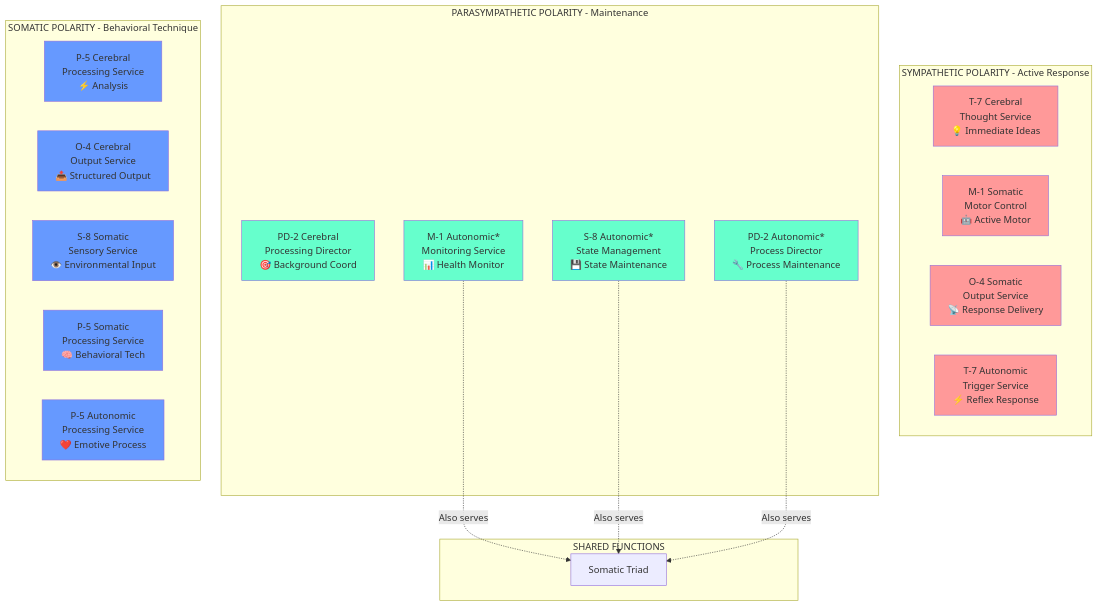
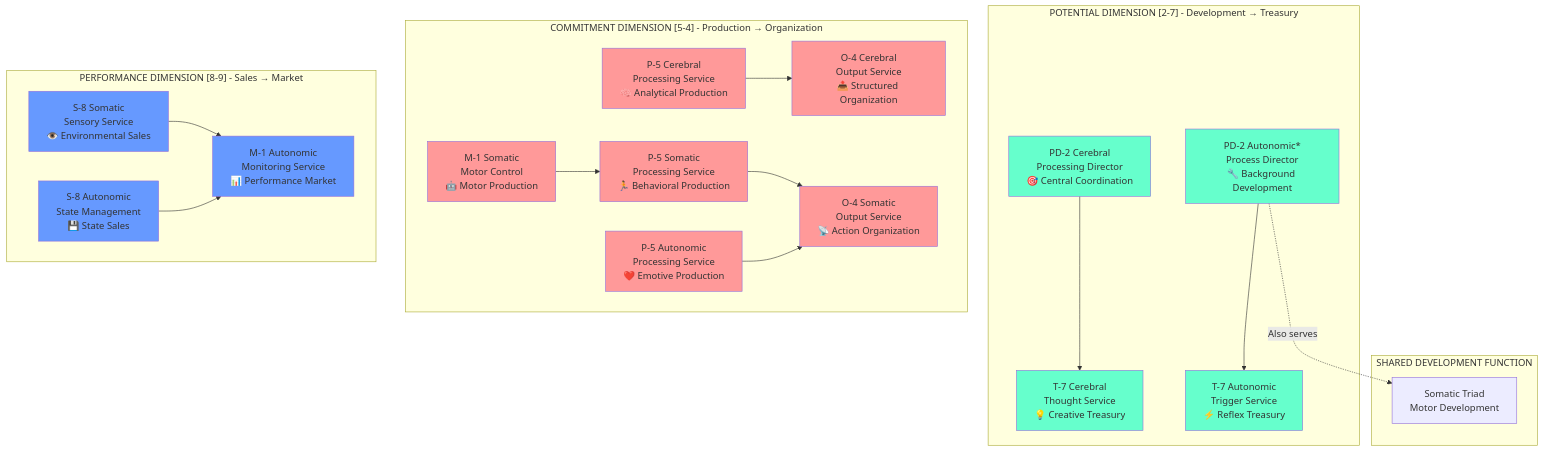
One commit to EchoCog/skinsys changed the first of 2 diagrams in POLARITY_VISUALIZATION.md. Above: the diagram before and after it, drawn with Mermaid. The commit also changed other lines of this file and 4 other files, not shown here.

````diff
--- a/POLARITY_VISUALIZATION.md
+++ b/POLARITY_VISUALIZATION.md
@@ -41,46 +45,54 @@
 ```mermaid
 graph TB
-    subgraph "SYMPATHETIC POLARITY - Active Response"
-        T7C[T-7 Cerebral<br/>Thought Service<br/>💡 Immediate Ideas]
-        M1S[M-1 Somatic<br/>Motor Control<br/>🤖 Active Motor]
-        O4S[O-4 Somatic<br/>Output Service<br/>📡 Response Delivery]
-        T7A[T-7 Autonomic<br/>Trigger Service<br/>⚡ Reflex Response]
+    subgraph "POTENTIAL DIMENSION [2-7] - Development → Treasury"
+        PD2C[PD-2 Cerebral<br/>Processing Director<br/>🎯 Central Coordination]
+        T7C[T-7 Cerebral<br/>Thought Service<br/>💡 Creative Treasury]
+        PD2A[PD-2 Autonomic*<br/>Process Director<br/>🔧 Background Development]
+        T7A[T-7 Autonomic<br/>Trigger Service<br/>⚡ Reflex Treasury]
     end
     
-    subgraph "PARASYMPATHETIC POLARITY - Maintenance"
-        PD2C[PD-2 Cerebral<br/>Processing Director<br/>🎯 Background Coord]
-        M1A[M-1 Autonomic*<br/>Monitoring Service<br/>📊 Health Monitor]
-        S8A[S-8 Autonomic*<br/>State Management<br/>💾 State Maintenance]
-        PD2A[PD-2 Autonomic*<br/>Process Director<br/>🔧 Process Maintenance]
+    subgraph "COMMITMENT DIMENSION [5-4] - Production → Organization"
+        P5C[P-5 Cerebral<br/>Processing Service<br/>🧠 Analytical Production]
+        O4C[O-4 Cerebral<br/>Output Service<br/>📤 Structured Organization]
+        M1S[M-1 Somatic<br/>Motor Control<br/>🤖 Motor Production]
+        P5S[P-5 Somatic<br/>Processing Service<br/>🏃 Behavioral Production]
+        O4S[O-4 Somatic<br/>Output Service<br/>📡 Action Organization]
+        P5A[P-5 Autonomic<br/>Processing Service<br/>❤️ Emotive Production]
     end
     
-    subgraph "SOMATIC POLARITY - Behavioral Technique"
-        P5C[P-5 Cerebral<br/>Processing Service<br/>⚡ Analysis]
-        O4C[O-4 Cerebral<br/>Output Service<br/>📤 Structured Output]
-        S8S[S-8 Somatic<br/>Sensory Service<br/>👁️ Environmental Input]
-        P5S[P-5 Somatic<br/>Processing Service<br/>🧠 Behavioral Tech]
-        P5A[P-5 Autonomic<br/>Processing Service<br/>❤️ Emotive Process]
+    subgraph "PERFORMANCE DIMENSION [8-9] - Sales → Market"
+        S8S[S-8 Somatic<br/>Sensory Service<br/>👁️ Environmental Sales]
+        S8A[S-8 Autonomic<br/>State Management<br/>💾 State Sales]
+        M1A[M-1 Autonomic<br/>Monitoring Service<br/>📊 Performance Market]
     end
     
-    subgraph "SHARED FUNCTIONS"
-        M1A -.->|Also serves| SomaticTriad[Somatic Triad]
-        S8A -.->|Also serves| SomaticTriad
-        PD2A -.->|Also serves| SomaticTriad
+    subgraph "SHARED DEVELOPMENT FUNCTION"
+        PD2A -.->|Also serves| SomaticTriad[Somatic Triad<br/>Motor Development]
     end
     
-    style T7C fill:#ff9999
-    style M1S fill:#ff9999  
-    style O4S fill:#ff9999
-    style T7A fill:#ff9999
+    %% Flow connections
+    PD2C --> T7C
+    PD2A --> T7A
+    P5C --> O4C
+    M1S --> P5S
+    P5S --> O4S
+    P5A --> O4S
+    S8S --> M1A
+    S8A --> M1A
     
     style PD2C fill:#66ffcc
-    style M1A fill:#66ffcc
-    style S8A fill:#66ffcc
+    style T7C fill:#66ffcc
     style PD2A fill:#66ffcc
+    style T7A fill:#66ffcc
     
-    style P5C fill:#6699ff
-    style O4C fill:#6699ff
+    style P5C fill:#ff9999
+    style O4C fill:#ff9999
+    style M1S fill:#ff9999
+    style P5S fill:#ff9999
+    style O4S fill:#ff9999
+    style P5A fill:#ff9999
+    
     style S8S fill:#6699ff
-    style P5S fill:#6699ff
-    style P5A fill:#6699ff
+    style S8A fill:#6699ff
+    style M1A fill:#6699ff
 ```
````
